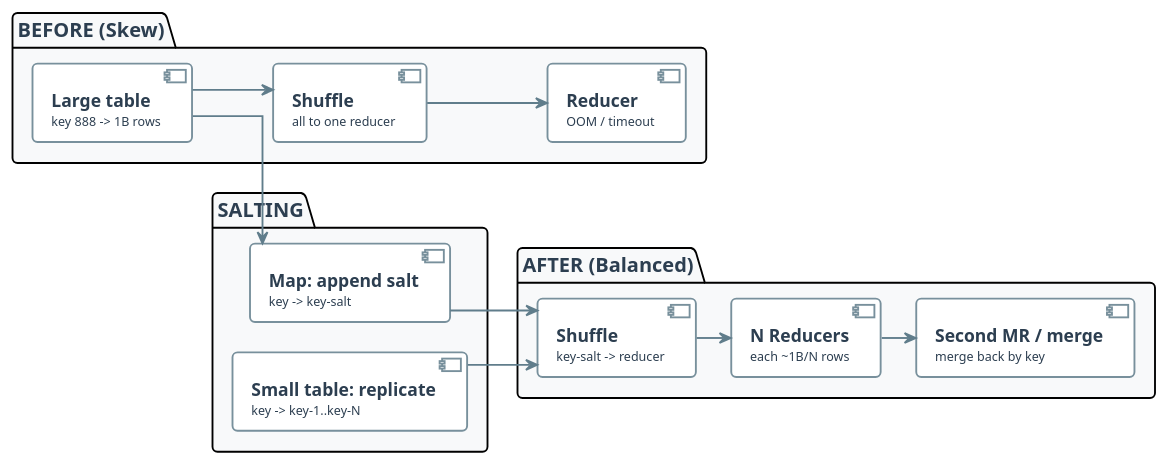
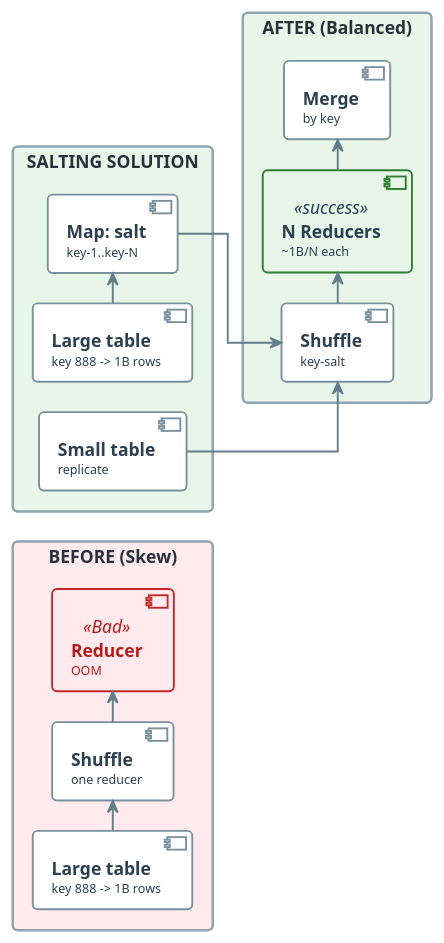
The diagram in diagrams/week03/week3_practice_slide18_skew_mitigation.puml (OrPerets/data-engineering-course), drawn with PlantUML before and after one commit. The commit also changed 33 other files, not shown here.

First line of the commit message:
Refine diagrams for weeks 02-04 for PPTX slide layout

```diff
--- a/diagrams/week03/week3_practice_slide18_skew_mitigation.puml
+++ b/diagrams/week03/week3_practice_slide18_skew_mitigation.puml
@@ -1,161 +1,162 @@
 @startuml
 '=================================================
 ' CANONICAL DIAGRAM TEMPLATE - DATA ENGINEERING
 '=================================================
 
 left to right direction
 skinparam linetype ortho
 skinparam shadowing false
 skinparam roundcorner 8
 skinparam handwritten false
 skinparam nodesep 24
 skinparam ranksep 28
 
 '-------------------------
 ' FONT & GLOBAL STYLE
 '-------------------------
 skinparam defaultFontName "Segoe UI, Helvetica, sans-serif"
 skinparam defaultFontSize 16
 skinparam defaultFontColor #2C3E50
 
 '-------------------------
 ' GENERIC BOX STYLE
 '-------------------------
 skinparam rectangle {
     BackgroundColor #F8F9FA
     BorderColor #90A4AE
     BorderThickness 2
     FontColor #263238
     FontSize 14
     FontStyle bold
     Padding 20
 }
 
 skinparam component {
     BackgroundColor #FFFFFF
     BorderColor #78909C
     BorderThickness 1.5
     FontSize 14
     Padding 12
 }
 
 skinparam database {
     BackgroundColor #ECEFF1
     BorderColor #546E7A
     BorderThickness 1.5
     FontSize 14
     FontColor #263238
 }
 
 skinparam arrow {
     Color #607D8B
     Thickness 1.5
     FontSize 11
     FontColor #546E7A
 }
 
 '-------------------------
 ' SEMANTIC STEREOTYPES
 '-------------------------
 skinparam component<<UI>> {
     BorderColor #8E24AA
     BackgroundColor #F3E5F5
     FontColor #4A148C
 }
 
 skinparam component<<Agent>> {
     BorderColor #0288D1
     BackgroundColor #E1F5FE
     FontColor #01579B
 }
 
 skinparam component<<Tool>> {
     BorderColor #2E7D32
     BackgroundColor #E8F5E9
     FontColor #1B5E20
 }
 
 skinparam component<<Config>> {
     BorderColor #F57C00
     BackgroundColor #FFF3E0
     FontColor #E65100
 }
 
 skinparam component<<Bad>> {
     BorderColor #C62828
     BackgroundColor #FFEBEE
     FontColor #B71C1C
 }
 
 skinparam component<<V1>> {
     BorderColor #F57C00
     BackgroundColor #FFF3E0
     FontColor #E65100
 }
 
 skinparam component<<V2>> {
     BorderColor #2E7D32
     BackgroundColor #E8F5E9
     FontColor #1B5E20
 }
 
 skinparam component<<up>> {
     BackgroundColor #E8F5E9
     BorderColor #2E7D32
 }
 
 skinparam component<<down>> {
     BackgroundColor #FFEBEE
     BorderColor #C62828
 }
 
 skinparam database<<up>> {
     BackgroundColor #E8F5E9
     BorderColor #2E7D32
 }
 
 skinparam database<<down>> {
     BackgroundColor #FFEBEE
     BorderColor #C62828
 }
 
 skinparam component<<success>> {
     BackgroundColor #E8F5E9
     BorderColor #2E7D32
 }
 
 skinparam component<<failure>> {
     BackgroundColor #FFEBEE
     BorderColor #C62828
 }
 
 '=================================================
 
-' SKEW MITIGATION: SALTING FLOW (Reasoning)
-package "BEFORE (Skew)" #F8F9FA {
-    component "**Large table**\n<size:10>key 888 -> 1B rows</size>" as LARGE
-    component "**Shuffle**\n<size:10>all to one reducer</size>" as SHUFFLE1
-    component "**Reducer**\n<size:10>OOM / timeout</size>" as REDUCE1
+' SKEW MITIGATION: SALTING FLOW (Reasoning) - Mixed layout for PPTX
+
+rectangle "BEFORE (Skew)" #FFEBEE {
+    component "**Large table**\n<size:10>key 888 -> 1B rows</size>" as LARGE1
+    component "**Shuffle**\n<size:10>one reducer</size>" as SHUFFLE1
+    component "**Reducer**\n<size:10>OOM</size>" as REDUCE1 <<Bad>>
+    LARGE1 -right-> SHUFFLE1
+    SHUFFLE1 -right-> REDUCE1
 }
 
-package "SALTING" #F8F9FA {
-    component "**Map: append salt**\n<size:10>key -> key-salt</size>" as SALT
-    component "**Small table: replicate**\n<size:10>key -> key-1..key-N</size>" as REPL
+rectangle "SALTING SOLUTION" #E8F5E9 {
+    component "**Large table**\n<size:10>key 888 -> 1B rows</size>" as LARGE2
+    component "**Map: salt**\n<size:10>key-1..key-N</size>" as SALT
+    component "**Small table**\n<size:10>replicate</size>" as REPL
+    LARGE2 -right-> SALT
 }
 
-package "AFTER (Balanced)" #F8F9FA {
-    component "**Shuffle**\n<size:10>key-salt -> reducer</size>" as SHUFFLE2
-    component "**N Reducers**\n<size:10>each ~1B/N rows</size>" as REDUCE2
-    component "**Second MR / merge**\n<size:10>merge back by key</size>" as MERGE
+rectangle "AFTER (Balanced)" #E8F5E9 {
+    component "**Shuffle**\n<size:10>key-salt</size>" as SHUFFLE2
+    component "**N Reducers**\n<size:10>~1B/N each</size>" as REDUCE2 <<success>>
+    component "**Merge**\n<size:10>by key</size>" as MERGE
+    SHUFFLE2 -right-> REDUCE2
+    REDUCE2 -right-> MERGE
 }
 
-LARGE --> SHUFFLE1
-SHUFFLE1 --> REDUCE1
-
-LARGE --> SALT
-SALT --> SHUFFLE2
-REPL --> SHUFFLE2
-SHUFFLE2 --> REDUCE2
-REDUCE2 --> MERGE
+SALT -down-> SHUFFLE2
+REPL -down-> SHUFFLE2
 
 @enduml
```
